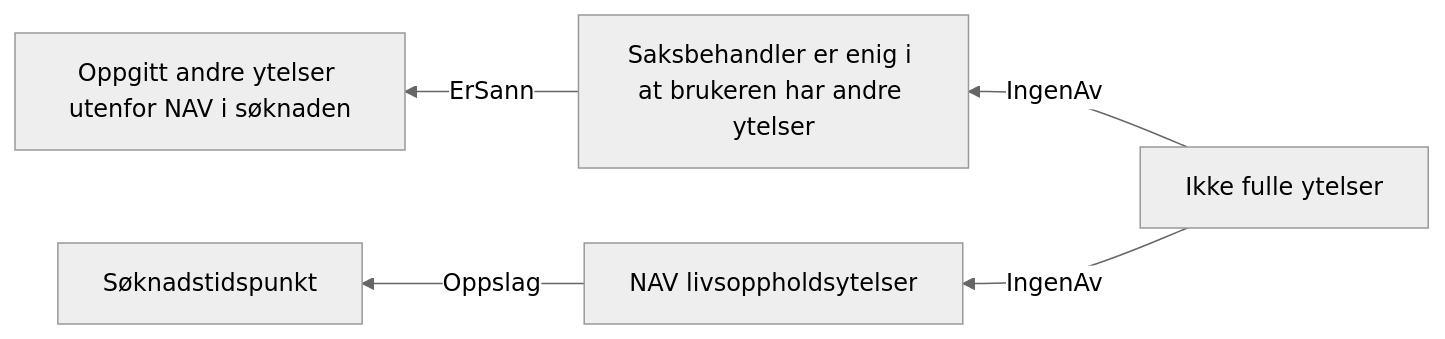
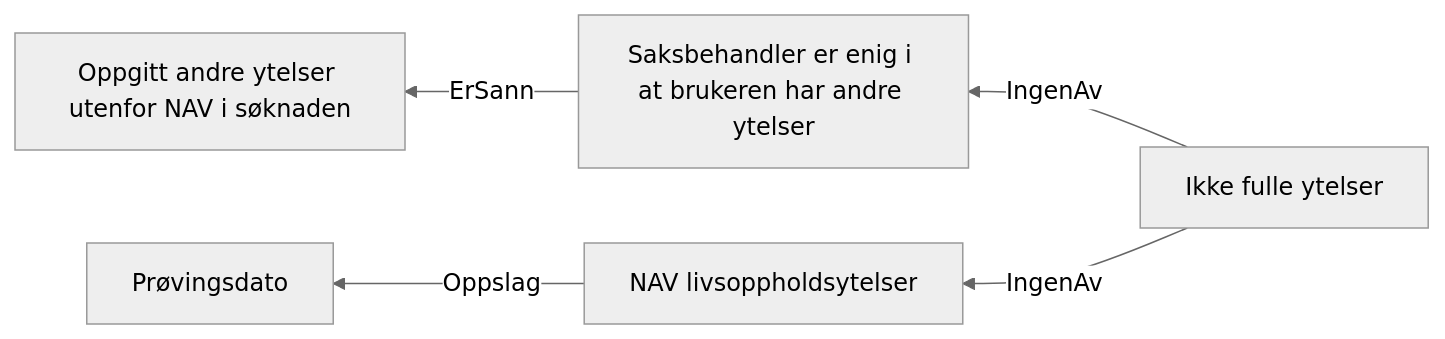
One commit to navikt/dp-vedtak changed the diagram in docs/regler/§ 4-24 Medlem som har fulle ytelser etter folketrygdloven eller avtalefestet pensjon.approved.md. Above: the diagram before and after it, drawn with Mermaid (neutral theme). The commit also changed 41 other files, not shown here.

Commit message:
Bytt ut søknadstidspunkt med prøvingsdato i reglene

````diff
--- a/docs/regler/§ 4-24 Medlem som har fulle ytelser etter folketrygdloven eller avtalefestet pensjon.approved.md
+++ b/docs/regler/§ 4-24 Medlem som har fulle ytelser etter folketrygdloven eller avtalefestet pensjon.approved.md
@@ -5,7 +5,7 @@
 ```mermaid
 graph RL
   A["Saksbehandler er enig i at brukeren har andre ytelser"] -->|"ErSann"| B["Oppgitt andre ytelser utenfor NAV i søknaden"]
-  C["NAV livsoppholdsytelser"] -->|"Oppslag"| D["Søknadstidspunkt"]
+  C["NAV livsoppholdsytelser"] -->|"Oppslag"| D["Prøvingsdato"]
   E["Ikke fulle ytelser"] -->|"IngenAv"| A["Saksbehandler er enig i at brukeren har andre ytelser"]
   E["Ikke fulle ytelser"] -->|"IngenAv"| C["NAV livsoppholdsytelser"]
 ```
````
